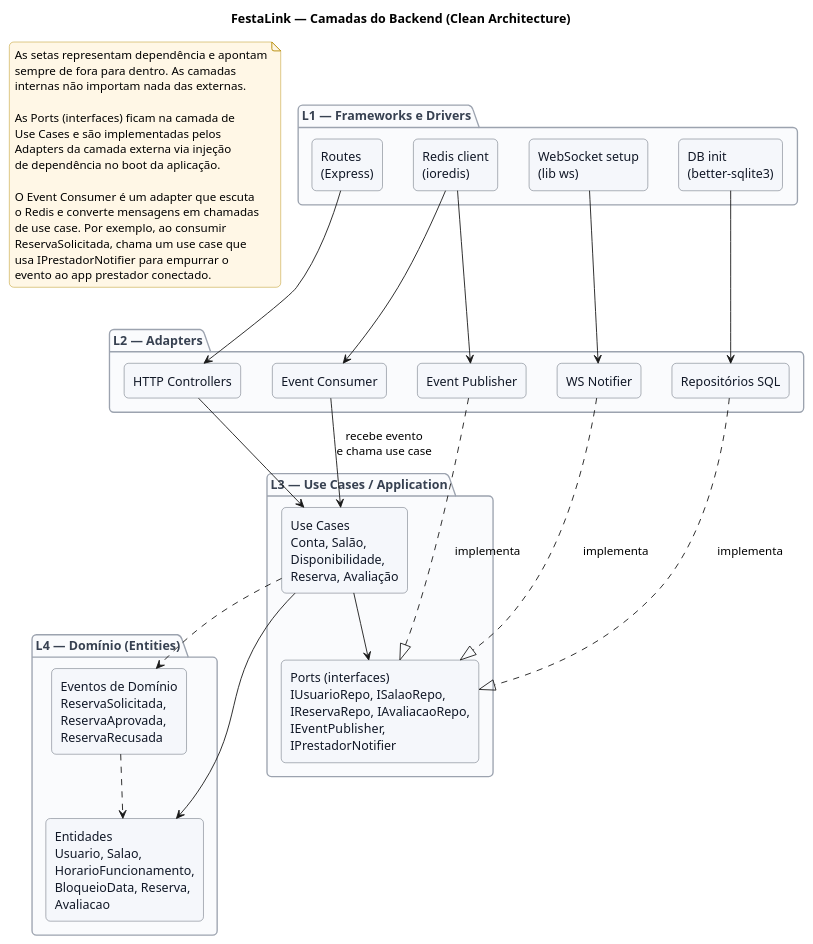
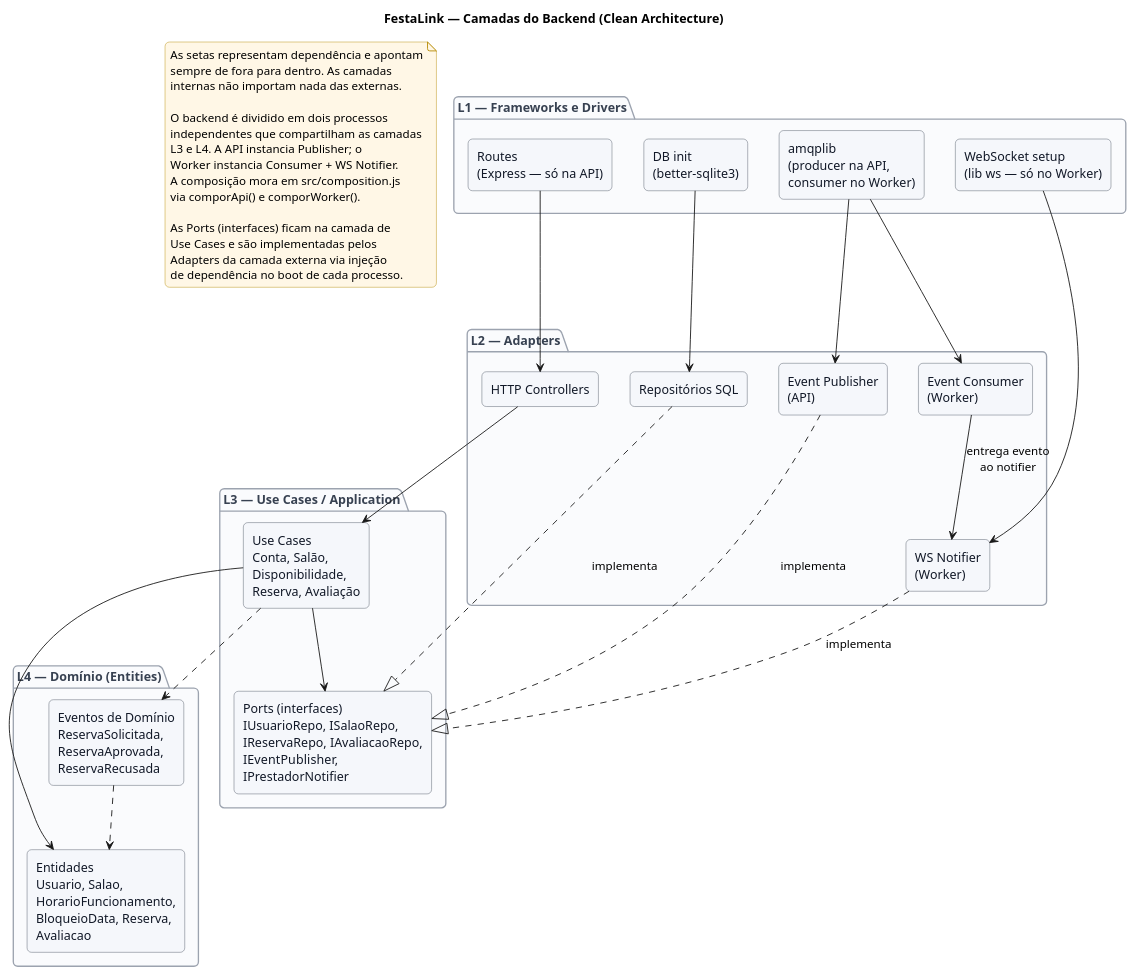
One commit to MiguelMagCastro/festalink_app changed the diagram in docs/diagrams/08-camadas-clean-arch.puml. Above: the diagram before and after it, drawn with PlantUML. The commit also changed 9 other files, not shown here.

Commit message:
docs(diagramas): atualiza puml e png para rabbitmq e split api/worker

```diff
--- a/docs/diagrams/08-camadas-clean-arch.puml
+++ b/docs/diagrams/08-camadas-clean-arch.puml
@@ -1,85 +1,85 @@
 @startuml
 title FestaLink — Camadas do Backend (Clean Architecture)
 
 skinparam backgroundColor #FFFFFF
 skinparam shadowing false
 skinparam roundCorner 10
 skinparam defaultFontName "Helvetica"
 skinparam rectangle {
   BackgroundColor #F5F7FB
   BorderColor #4B5563
   FontColor #111827
 }
 skinparam package {
   BackgroundColor #FAFBFD
   BorderColor #9CA3AF
   FontColor #374151
 }
 skinparam note {
   BackgroundColor #FFF7E6
   BorderColor #B58900
 }
 
 package "L1 — Frameworks e Drivers" as L1 {
-  rectangle "Routes\n(Express)" as routes
-  rectangle "WebSocket setup\n(lib ws)" as wssetup
-  rectangle "Redis client\n(ioredis)" as redisc
+  rectangle "Routes\n(Express — só na API)" as routes
+  rectangle "WebSocket setup\n(lib ws — só no Worker)" as wssetup
+  rectangle "amqplib\n(producer na API,\nconsumer no Worker)" as amqp
   rectangle "DB init\n(better-sqlite3)" as dbinit
 }
 
 package "L2 — Adapters" as L2 {
   rectangle "HTTP Controllers" as ctrl
   rectangle "Repositórios SQL" as repo
-  rectangle "Event Publisher" as pub
-  rectangle "Event Consumer" as cons
-  rectangle "WS Notifier" as wsn
+  rectangle "Event Publisher\n(API)" as pub
+  rectangle "Event Consumer\n(Worker)" as cons
+  rectangle "WS Notifier\n(Worker)" as wsn
 }
 
 package "L3 — Use Cases / Application" as L3 {
   rectangle "Use Cases\nConta, Salão,\nDisponibilidade,\nReserva, Avaliação" as uc
   rectangle "Ports (interfaces)\nIUsuarioRepo, ISalaoRepo,\nIReservaRepo, IAvaliacaoRepo,\nIEventPublisher,\nIPrestadorNotifier" as ports
 }
 
 package "L4 — Domínio (Entities)" as L4 {
   rectangle "Entidades\nUsuario, Salao,\nHorarioFuncionamento,\nBloqueioData, Reserva,\nAvaliacao" as ent
   rectangle "Eventos de Domínio\nReservaSolicitada,\nReservaAprovada,\nReservaRecusada" as evs
 }
 
 routes --> ctrl
 wssetup --> wsn
-redisc --> pub
-redisc --> cons
+amqp --> pub
+amqp --> cons
 dbinit --> repo
 
 ctrl --> uc
 
 repo ..|> ports : implementa
 pub ..|> ports : implementa
 wsn ..|> ports : implementa
 
-cons --> uc : recebe evento\ne chama use case
+cons --> wsn : entrega evento\nao notifier
 
 uc --> ports
 uc --> ent
 uc ..> evs
 evs ..> ent
 
 note as N1
   As setas representam dependência e apontam
   sempre de fora para dentro. As camadas
   internas não importam nada das externas.
 
+  O backend é dividido em dois processos
+  independentes que compartilham as camadas
+  L3 e L4. A API instancia Publisher; o
+  Worker instancia Consumer + WS Notifier.
+  A composição mora em src/composition.js
+  via comporApi() e comporWorker().
+
   As Ports (interfaces) ficam na camada de
   Use Cases e são implementadas pelos
   Adapters da camada externa via injeção
-  de dependência no boot da aplicação.
-
-  O Event Consumer é um adapter que escuta
-  o Redis e converte mensagens em chamadas
-  de use case. Por exemplo, ao consumir
-  ReservaSolicitada, chama um use case que
-  usa IPrestadorNotifier para empurrar o
-  evento ao app prestador conectado.
+  de dependência no boot de cada processo.
 end note
 
 @enduml
```
